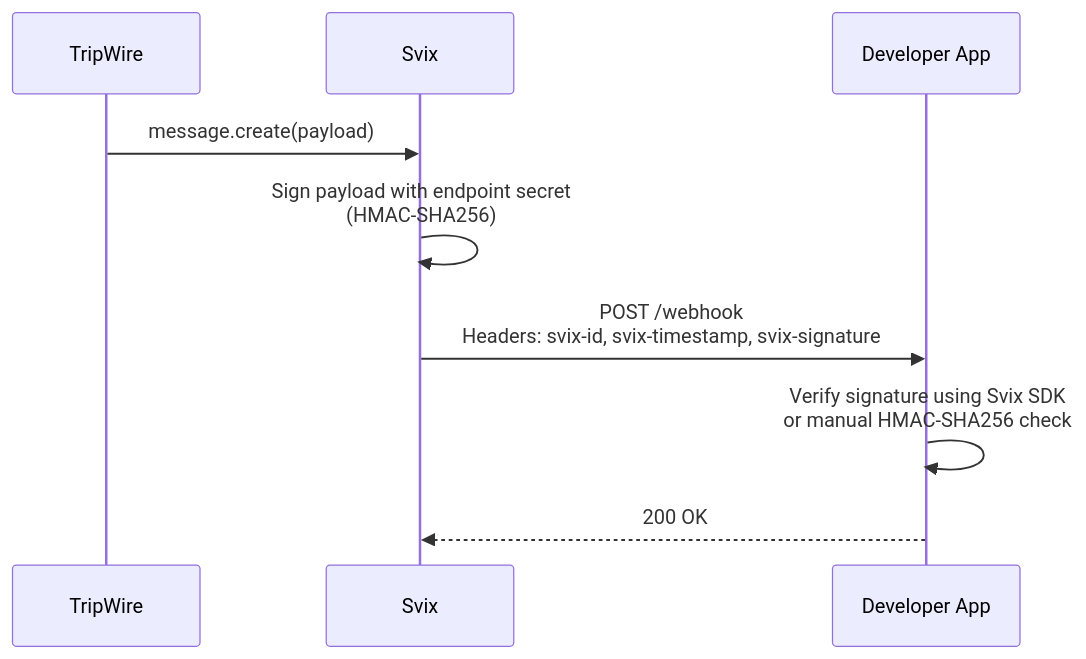
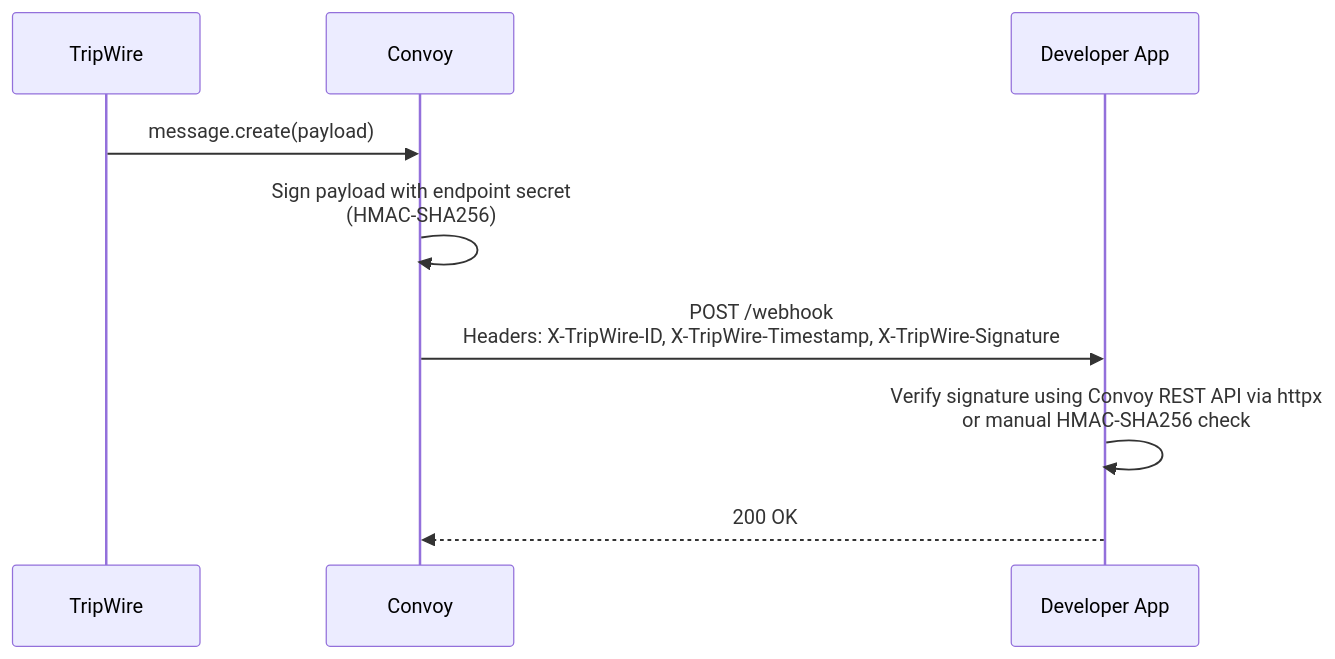
The tenth of 10 diagrams in docs/architecture/overview.md (sonu96/TripWire), drawn with Mermaid before and after one commit. The commit also changed other lines of this file and 33 other files, not shown here.

First line of the commit message:
Replace Svix with Convoy self-hosted + direct httpx fast path

````diff
--- a/docs/architecture/overview.md
+++ b/docs/architecture/overview.md
@@ -835,12 +835,12 @@
 ```mermaid
 sequenceDiagram
     participant TW as TripWire
-    participant Svix
+    participant Convoy
     participant Dev as Developer App
 
-    TW->>Svix: message.create(payload)
-    Svix->>Svix: Sign payload with endpoint secret<br/>(HMAC-SHA256)
-    Svix->>Dev: POST /webhook<br/>Headers: svix-id, svix-timestamp, svix-signature
-    Dev->>Dev: Verify signature using Svix SDK<br/>or manual HMAC-SHA256 check
-    Dev-->>Svix: 200 OK
+    TW->>Convoy: message.create(payload)
+    Convoy->>Convoy: Sign payload with endpoint secret<br/>(HMAC-SHA256)
+    Convoy->>Dev: POST /webhook<br/>Headers: X-TripWire-ID, X-TripWire-Timestamp, X-TripWire-Signature
+    Dev->>Dev: Verify signature using Convoy REST API via httpx<br/>or manual HMAC-SHA256 check
+    Dev-->>Convoy: 200 OK
 ```
````
